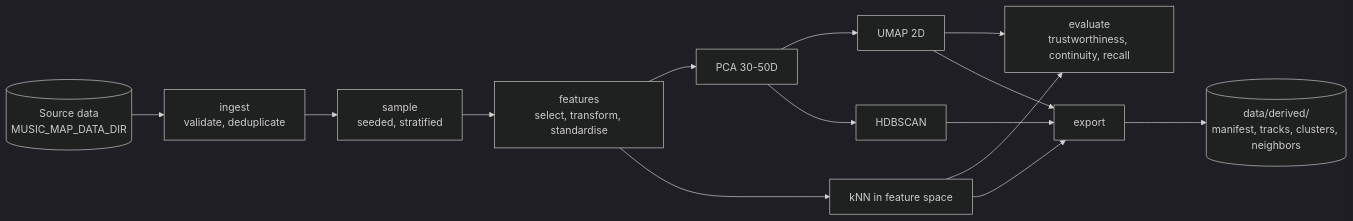
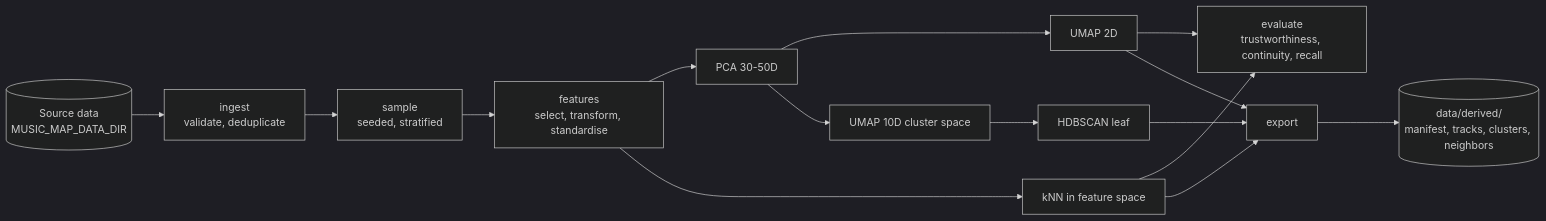
One commit to KornelSzyszka/music-map changed the first of 2 diagrams in docs/architecture.md. Above: the diagram before and after it, drawn with Mermaid (dark theme). The commit also changed other lines of this file and 7 other files, not shown here.

````diff
--- a/docs/architecture.md
+++ b/docs/architecture.md
@@ -22,16 +22,17 @@
 ```mermaid
 flowchart LR
   A[("Source data<br/>MUSIC_MAP_DATA_DIR")] --> B[ingest<br/>validate, deduplicate]
   B --> C[sample<br/>seeded, stratified]
   C --> D[features<br/>select, transform, standardise]
   D --> E[PCA 30-50D]
   E --> F[UMAP 2D]
-  E --> G[HDBSCAN]
+  E --> M[UMAP 10D cluster space]
+  M --> G[HDBSCAN leaf]
   D --> H[kNN in feature space]
   F --> I[evaluate<br/>trustworthiness, continuity, recall]
   H --> I
   F --> J[export]
   G --> J
   H --> J
   J --> K[("data/derived/<br/>manifest, tracks, clusters, neighbors")]
 ```
````
